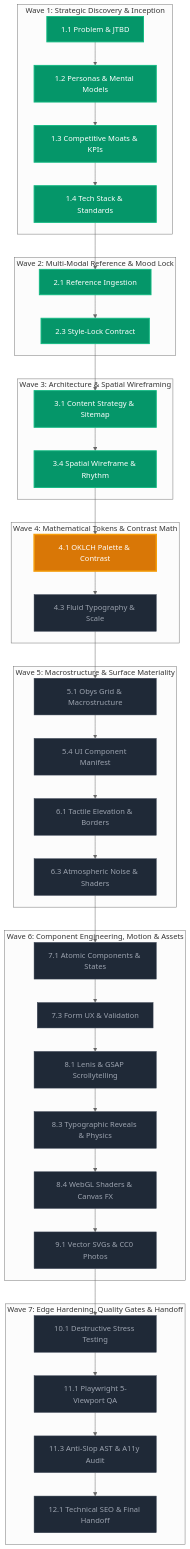
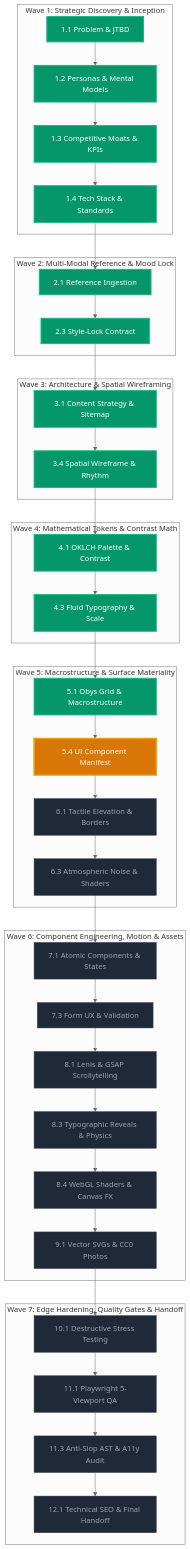
Before and after one commit to atinek-182/Vidya-Dham-Academy: the diagram in docs/DESIGN_MAP.mermaid, drawn with Mermaid (neutral theme). The commit also changed 12 other files, not shown here.

````diff
--- a/docs/DESIGN_MAP.mermaid
+++ b/docs/DESIGN_MAP.mermaid
@@ -1,51 +1,51 @@
 ```mermaid
 graph TD
   subgraph WAVE_1 ["Wave 1: Strategic Discovery & Inception"]
     P1_1["1.1 Problem & JTBD"]:::completed --> P1_2["1.2 Personas & Mental Models"]:::completed
     P1_2 --> P1_3["1.3 Competitive Moats & KPIs"]:::completed
     P1_3 --> P1_4["1.4 Tech Stack & Standards"]:::completed
   end
 
   subgraph WAVE_2 ["Wave 2: Multi-Modal Reference & Mood Lock"]
     P2_1["2.1 Reference Ingestion"]:::completed --> P2_3["2.3 Style-Lock Contract"]:::completed
   end
 
   subgraph WAVE_3 ["Wave 3: Architecture & Spatial Wireframing"]
     P3_1["3.1 Content Strategy & Sitemap"]:::completed --> P3_4["3.4 Spatial Wireframe & Rhythm"]:::completed
   end
 
   subgraph WAVE_4 ["Wave 4: Mathematical Tokens & Contrast Math"]
-    P4_1["4.1 OKLCH Palette & Contrast"]:::active --> P4_3["4.3 Fluid Typography & Scale"]:::pending
+    P4_1["4.1 OKLCH Palette & Contrast"]:::completed --> P4_3["4.3 Fluid Typography & Scale"]:::completed
   end
 
   subgraph WAVE_5 ["Wave 5: Macrostructure & Surface Materiality"]
-    P5_1["5.1 Obys Grid & Macrostructure"]:::pending --> P5_4["5.4 UI Component Manifest"]:::pending
+    P5_1["5.1 Obys Grid & Macrostructure"]:::completed --> P5_4["5.4 UI Component Manifest"]:::active
     P5_4 --> P6_1["6.1 Tactile Elevation & Borders"]:::pending
     P6_1 --> P6_3["6.3 Atmospheric Noise & Shaders"]:::pending
   end
 
   subgraph WAVE_6 ["Wave 6: Component Engineering, Motion & Assets"]
     P7_1["7.1 Atomic Components & States"]:::pending --> P7_3["7.3 Form UX & Validation"]:::pending
     P7_3 --> P8_1["8.1 Lenis & GSAP Scrollytelling"]:::pending
     P8_1 --> P8_3["8.3 Typographic Reveals & Physics"]:::pending
     P8_3 --> P8_4["8.4 WebGL Shaders & Canvas FX"]:::pending
     P8_4 --> P9_1["9.1 Vector SVGs & CC0 Photos"]:::pending
   end
 
   subgraph WAVE_7 ["Wave 7: Edge Hardening, Quality Gates & Handoff"]
     P10_1["10.1 Destructive Stress Testing"]:::pending --> P11_1["11.1 Playwright 5-Viewport QA"]:::pending
     P11_1 --> P11_3["11.3 Anti-Slop AST & A11y Audit"]:::pending
     P11_3 --> P12_1["12.1 Technical SEO & Final Handoff"]:::pending
   end
 
   P1_4 --> P2_1
   P2_3 --> P3_1
   P3_4 --> P4_1
   P4_3 --> P5_1
   P6_3 --> P7_1
   P9_1 --> P10_1
 
   classDef completed fill:#059669,stroke:#10b981,color:#ffffff,stroke-width:2px;
   classDef active fill:#d97706,stroke:#f59e0b,color:#ffffff,stroke-width:3px;
   classDef pending fill:#1f2937,stroke:#374151,color:#9ca3af,stroke-width:1px;
 ```
````
